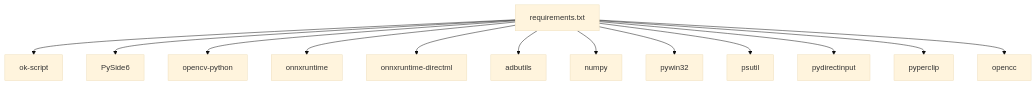
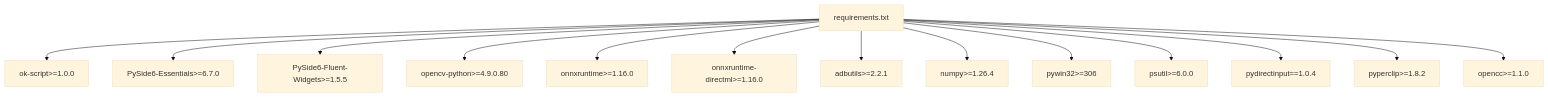
Before and after one commit to xsy098-max/ok-jump: the sixth of 6 diagrams in .qoder/repowiki/zh/content/项目概述/项目概述.md, drawn with Mermaid (base theme). The commit also changed other lines of this file and 28 other files, not shown here.

````diff
--- a/.qoder/repowiki/zh/content/项目概述/项目概述.md
+++ b/.qoder/repowiki/zh/content/项目概述/项目概述.md
@@ -304,15 +353,16 @@
 ```mermaid
 graph TB
-R["requirements.txt"] --> O["ok-script"]
-R --> P6["PySide6"]
-R --> CV["opencv-python"]
-R --> ORT["onnxruntime"]
-R --> ORTD["onnxruntime-directml"]
-R --> AD["adbutils"]
-R --> NP["numpy"]
-R --> PW["pywin32"]
-R --> PS["psutil"]
-R --> PD["pydirectinput"]
-R --> PC["pyperclip"]
-R --> OC["opencc"]
+R["requirements.txt"] --> O["ok-script>=1.0.0"]
+R --> P6E["PySide6-Essentials>=6.7.0"]
+R --> P6FW["PySide6-Fluent-Widgets>=1.5.5"]
+R --> CV["opencv-python>=4.9.0.80"]
+R --> ORT["onnxruntime>=1.16.0"]
+R --> ORTD["onnxruntime-directml>=1.16.0"]
+R --> AD["adbutils>=2.2.1"]
+R --> NP["numpy>=1.26.4"]
+R --> PW["pywin32>=306"]
+R --> PS["psutil>=6.0.0"]
+R --> PD["pydirectinput==1.0.4"]
+R --> PC["pyperclip>=1.8.2"]
+R --> OC["opencc>=1.1.0"]
 ```
````
